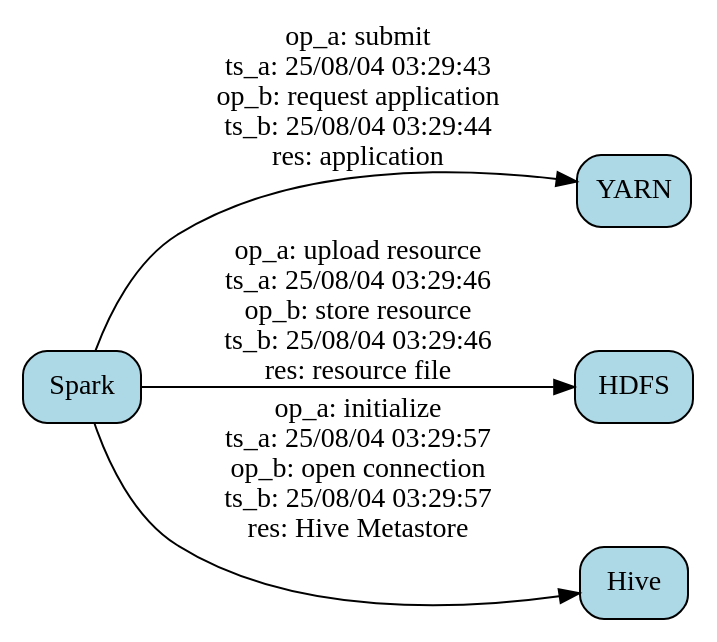
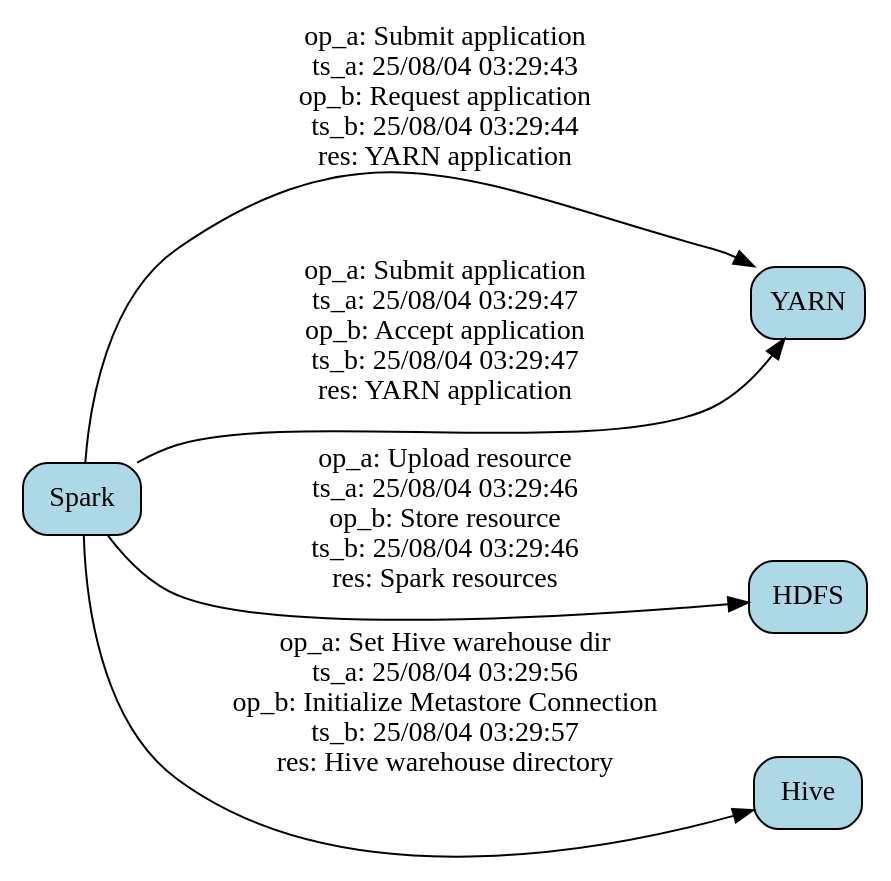
Before and after one commit to BU-EC528-Spring-2026/Distributed-Services-Dependency-Discovery-from-Log: the diagram in output/spark-21714_dependency_graph.dot, drawn with Graphviz. The commit also changed 23 other files, not shown here.

```diff
--- a/output/spark-21714_dependency_graph.dot
+++ b/output/spark-21714_dependency_graph.dot
@@ -1,24 +1,29 @@
 // Service Dependency Graph
 digraph {
 	rankdir=LR
 	node [fillcolor=lightblue shape=box style="rounded,filled"]
 	Spark [label=Spark]
 	YARN [label=YARN]
-	Spark -> YARN [label="op_a: submit
+	Spark -> YARN [label="op_a: Submit application
 ts_a: 25/08/04 03:29:43
-op_b: request application
+op_b: Request application
 ts_b: 25/08/04 03:29:44
-res: application"]
+res: YARN application"]
 	HDFS [label=HDFS]
-	Spark -> HDFS [label="op_a: upload resource
+	Spark -> HDFS [label="op_a: Upload resource
 ts_a: 25/08/04 03:29:46
-op_b: store resource
+op_b: Store resource
 ts_b: 25/08/04 03:29:46
-res: resource file"]
+res: Spark resources"]
+	Spark -> YARN [label="op_a: Submit application
+ts_a: 25/08/04 03:29:47
+op_b: Accept application
+ts_b: 25/08/04 03:29:47
+res: YARN application"]
 	Hive [label=Hive]
-	Spark -> Hive [label="op_a: initialize
-ts_a: 25/08/04 03:29:57
-op_b: open connection
+	Spark -> Hive [label="op_a: Set Hive warehouse dir
+ts_a: 25/08/04 03:29:56
+op_b: Initialize Metastore Connection
 ts_b: 25/08/04 03:29:57
-res: Hive Metastore"]
+res: Hive warehouse directory"]
 }
```
